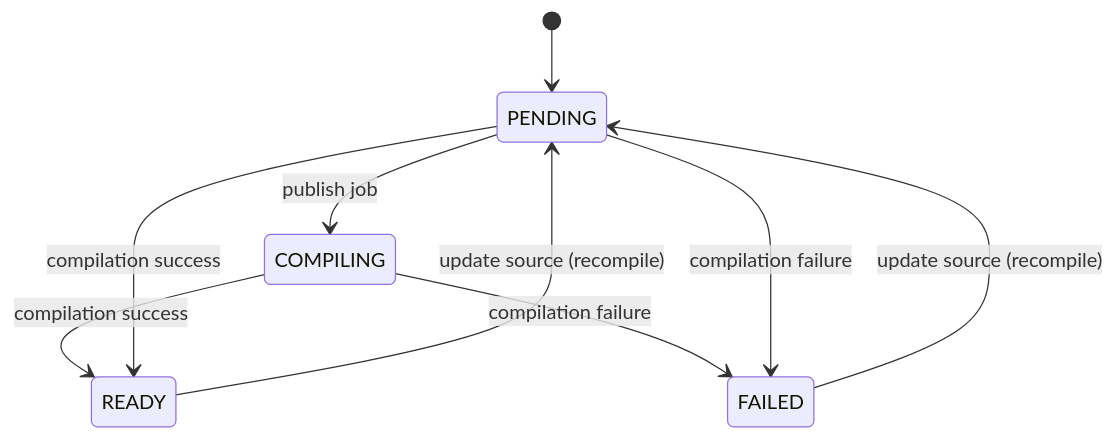
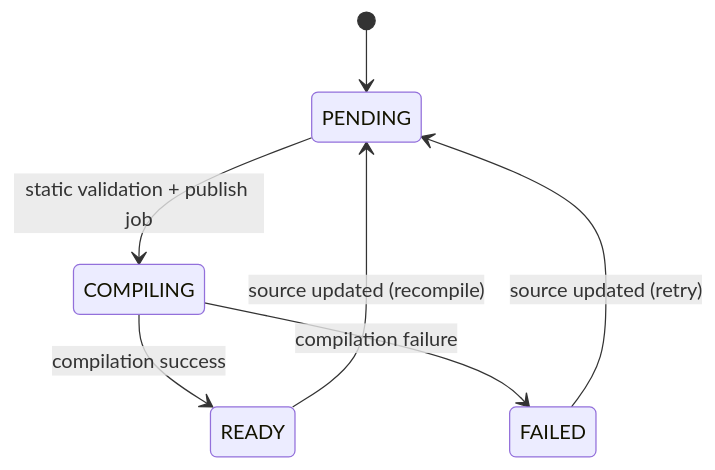
One commit to nilenso/raj-onboarding changed the first of 2 diagrams in projectNIL/scope/entities.md. Above: the diagram before and after it, drawn with Mermaid. The commit also changed other lines of this file, not shown here.

Commit message:
docs(scope): simplify function state machine

````diff
--- a/projectNIL/scope/entities.md
+++ b/projectNIL/scope/entities.md
@@ -34,14 +34,9 @@
 ```mermaid
 stateDiagram-v2
   [*] --> PENDING
-  PENDING --> COMPILING: publish job
+  PENDING --> COMPILING: static validation + publish job
   COMPILING --> READY: compilation success
   COMPILING --> FAILED: compilation failure
-
-  %% minimal implementation may skip COMPILING
-  PENDING --> READY: compilation success
-  PENDING --> FAILED: compilation failure
-
-  READY --> PENDING: update source (recompile)
-  FAILED --> PENDING: update source (recompile)
+  READY --> PENDING: source updated (recompile)
+  FAILED --> PENDING: source updated (retry)
 ```
````
